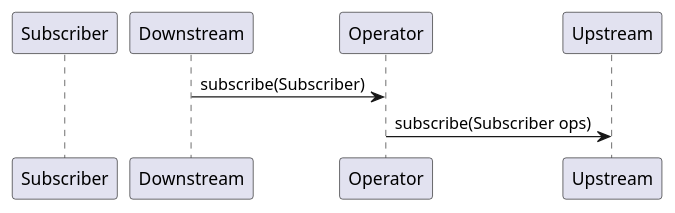
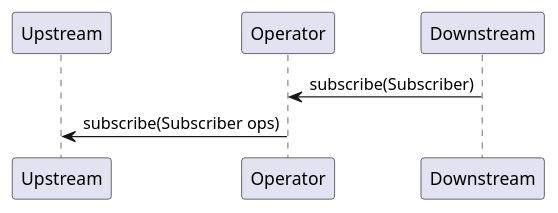
The second of 2 diagrams in _diary/2024-06-18.md (yanghoon/obsidian-workspace), drawn with PlantUML before and after one commit.

Commit message:
vault backup: 2024-06-19 00:38:41

````diff
--- a/_diary/2024-06-18.md
+++ b/_diary/2024-06-18.md
@@ -39,13 +39,12 @@
 ```plantuml
 @startuml
 
-participant Subscriber as Sub
+participant Upstream as Up
+participant Operator as Ops
 participant Downstream as Down
-participant Operator as Ops
-participant Upstream as Up
 
 Down -> Ops: subscribe(Subscriber)
 Ops -> Up: subscribe(Subscriber ops)
 
 @enduml
 ```
````
